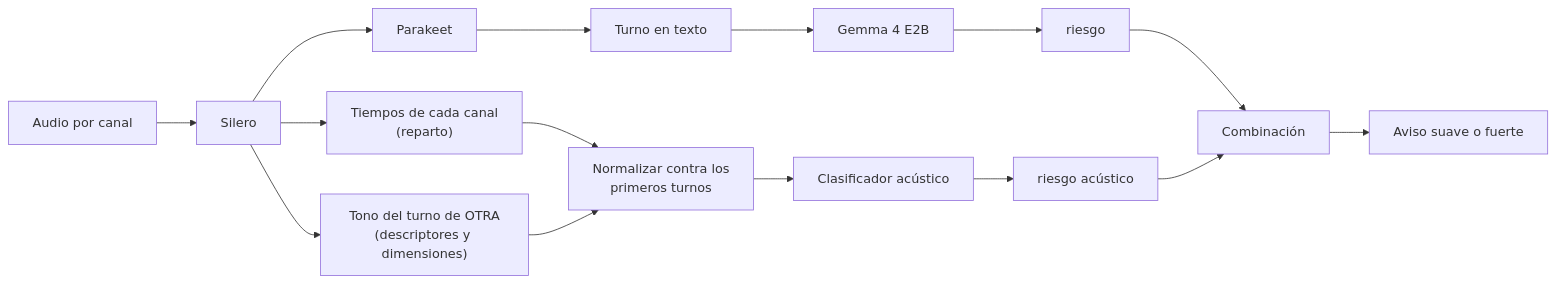
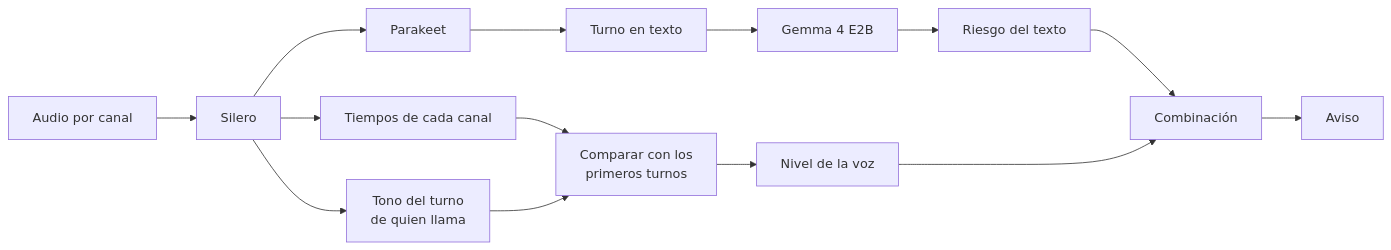
Before and after one commit to Corchets/bitacora_tesis: the diagram in docs/investigacion/MEJORA-FUTURA-ANALISIS-ACUSTICO.md, drawn with Mermaid. The commit also changed other lines of this file and 1 other file, not shown here.

First line of the commit message:
docs: la propuesta acústica apunta a la calidad del detector y explica la combinación

````diff
--- a/docs/investigacion/MEJORA-FUTURA-ANALISIS-ACUSTICO.md
+++ b/docs/investigacion/MEJORA-FUTURA-ANALISIS-ACUSTICO.md
@@ -128,9 +141,9 @@
 ```mermaid
 flowchart LR
-    A["Audio por canal"] --> V["Silero"] --> P["Parakeet"] --> T["Turno en texto"] --> G["Gemma 4 E2B"] --> R["riesgo"]
-    V --> Q["Tiempos de cada canal<br/>(reparto)"] --> N
-    V --> X["Tono del turno de OTRA<br/>(descriptores y dimensiones)"] --> N["Normalizar contra los<br/>primeros turnos"] --> C["Clasificador acústico"] --> S["riesgo acústico"]
+    A["Audio por canal"] --> V["Silero"] --> P["Parakeet"] --> T["Turno en texto"] --> G["Gemma 4 E2B"] --> R["Riesgo del texto"]
+    V --> Q["Tiempos de cada canal"] --> N
+    V --> X["Tono del turno<br/>de quien llama"] --> N["Comparar con los<br/>primeros turnos"] --> S["Nivel de la voz"]
     R --> F["Combinación"]
     S --> F
-    F --> AV["Aviso suave o fuerte"]
+    F --> AV["Aviso"]
 ```
````
